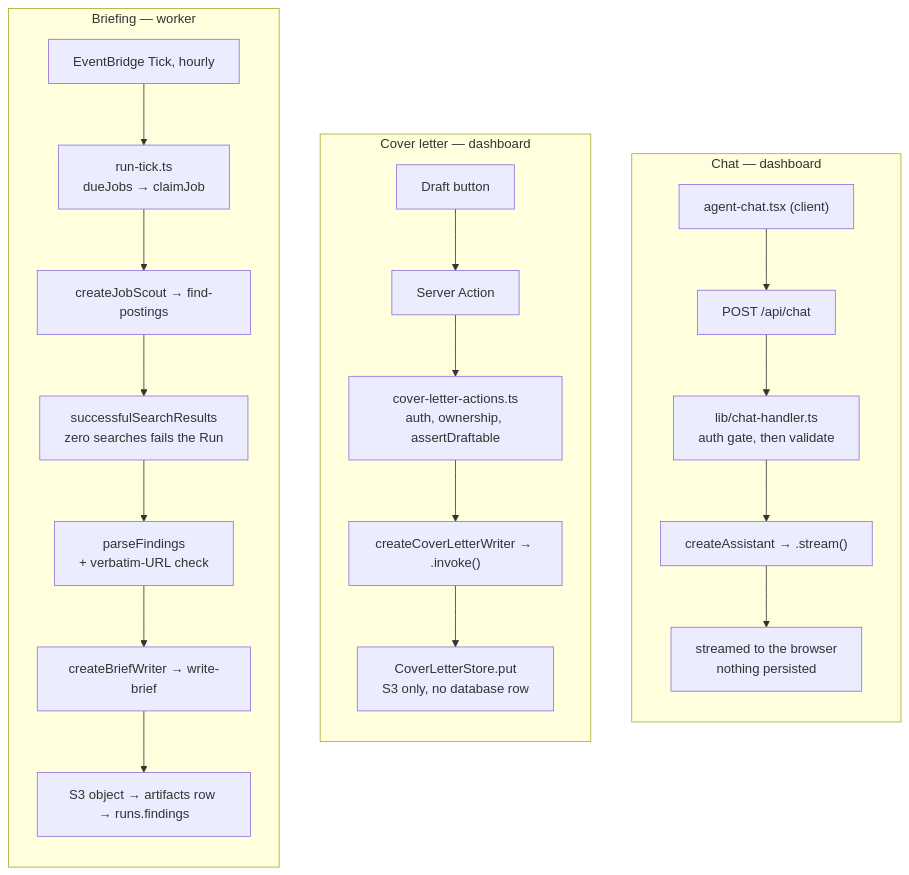
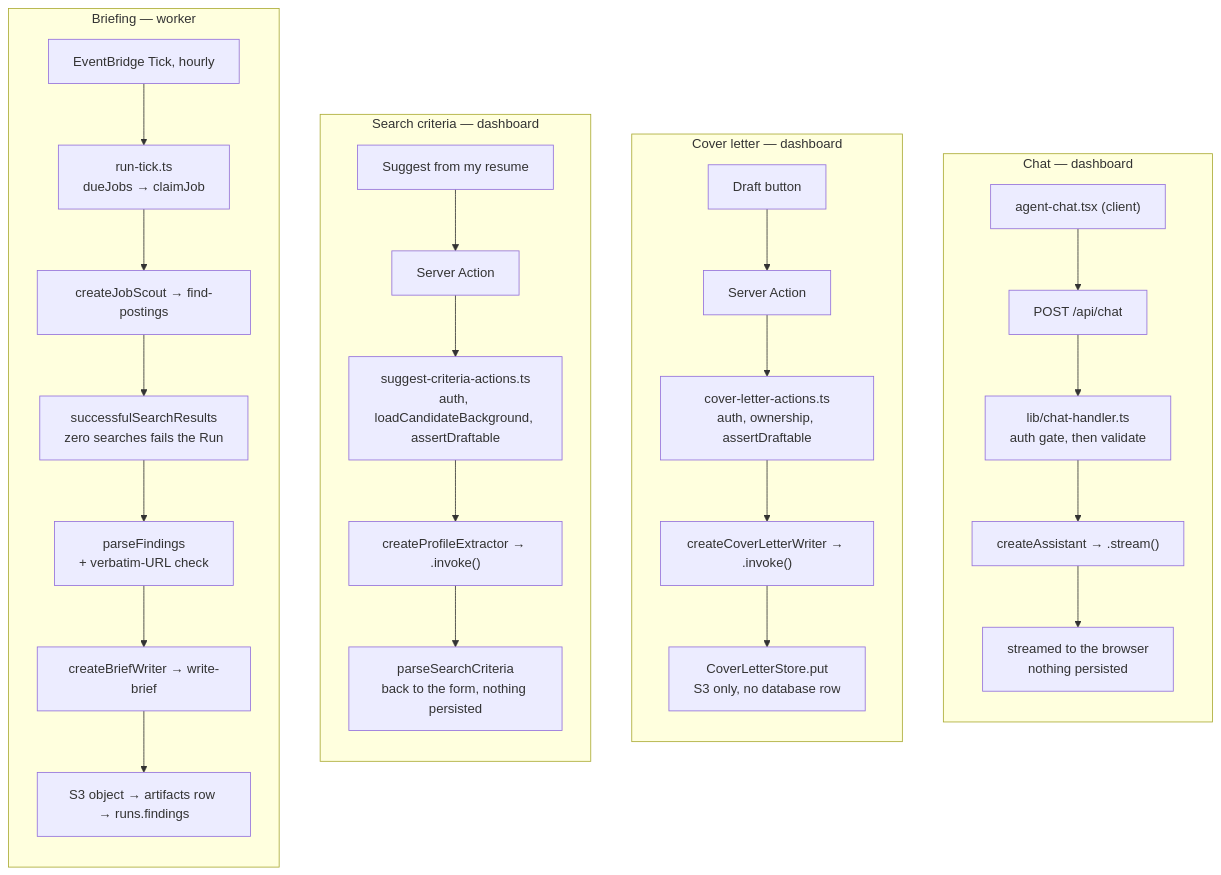
One commit to sunnyeyles/control-panel changed the fourth of 5 diagrams in docs/agent-architecture.md. Above: the diagram before and after it, drawn with Mermaid. The commit also changed other lines of this file and 17 other files, not shown here.

````diff
--- a/docs/agent-architecture.md
+++ b/docs/agent-architecture.md
@@ -199,28 +218,36 @@
 ```mermaid
 flowchart TD
     subgraph chat ["Chat — dashboard"]
         direction TB
         C1["agent-chat.tsx (client)"] --> C2["POST /api/chat"]
         C2 --> C3["lib/chat-handler.ts<br/>auth gate, then validate"]
         C3 --> C4["createAssistant → .stream()"]
         C4 --> C5["streamed to the browser<br/>nothing persisted"]
     end
 
     subgraph letter ["Cover letter — dashboard"]
         direction TB
         L1["Draft button"] --> L2["Server Action"]
         L2 --> L3["cover-letter-actions.ts<br/>auth, ownership, assertDraftable"]
         L3 --> L4["createCoverLetterWriter → .invoke()"]
         L4 --> L5["CoverLetterStore.put<br/>S3 only, no database row"]
     end
 
+    subgraph criteria ["Search criteria — dashboard"]
+        direction TB
+        S1["Suggest from my resume"] --> S2["Server Action"]
+        S2 --> S3["suggest-criteria-actions.ts<br/>auth, loadCandidateBackground, assertDraftable"]
+        S3 --> S4["createProfileExtractor → .invoke()"]
+        S4 --> S5["parseSearchCriteria<br/>back to the form, nothing persisted"]
+    end
+
     subgraph brief ["Briefing — worker"]
         direction TB
         B1["EventBridge Tick, hourly"] --> B2["run-tick.ts<br/>dueJobs → claimJob"]
         B2 --> B3["createJobScout → find-postings"]
         B3 --> B4["successfulSearchResults<br/>zero searches fails the Run"]
         B4 --> B5["parseFindings<br/>+ verbatim-URL check"]
         B5 --> B6["createBriefWriter → write-brief"]
         B6 --> B7["S3 object → artifacts row → runs.findings"]
     end
 ```
````
